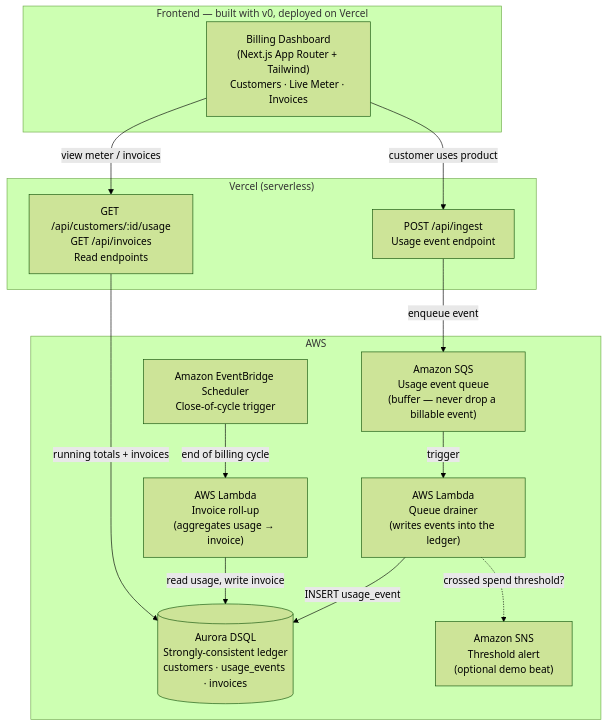
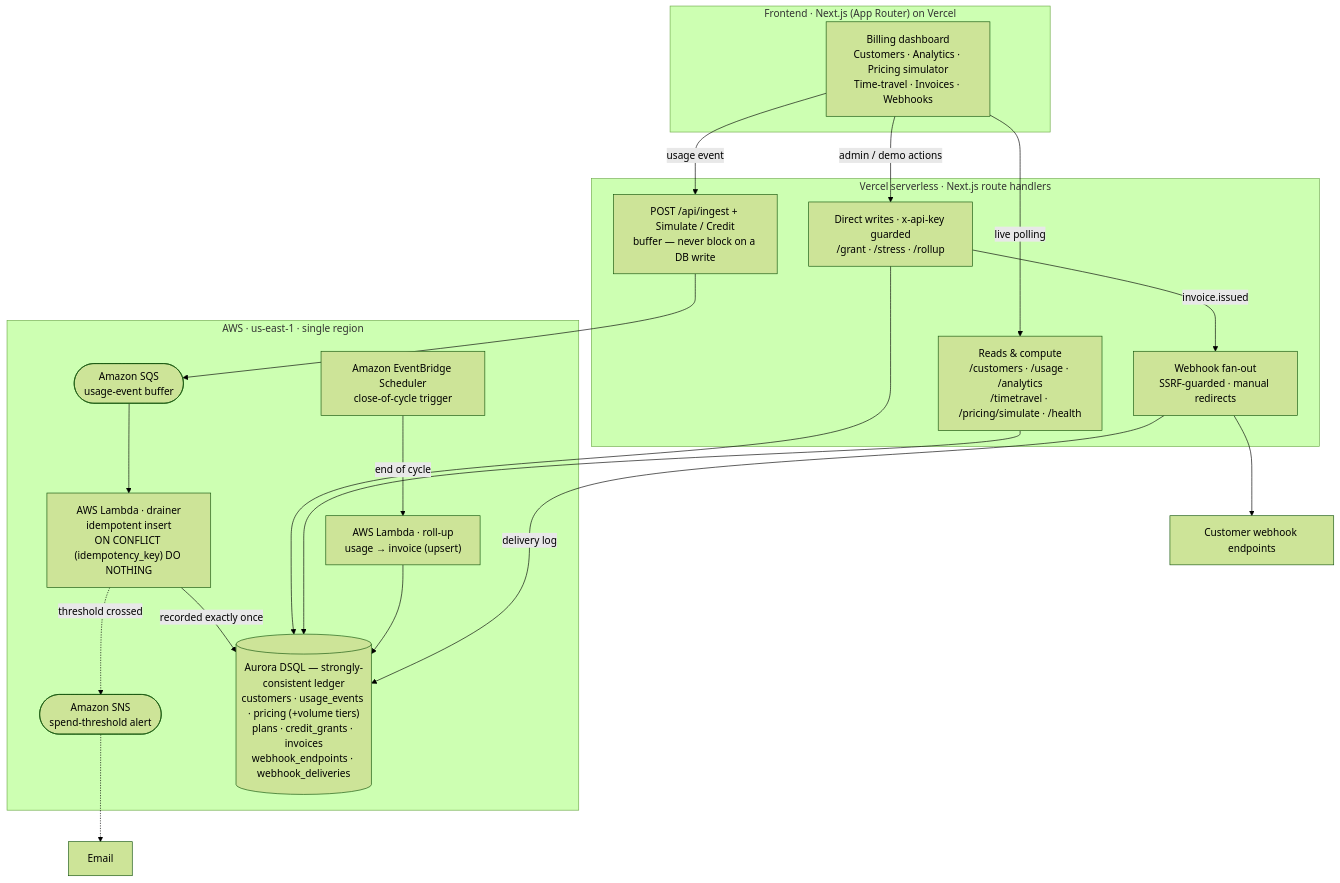
The diagram in docs/ARCHITECTURE.md (ik-labs/ledgerline), drawn with Mermaid (forest theme) before and after one commit. The commit also changed other lines of this file and 2 other files, not shown here.

Commit message:
Update architecture diagram (current system) + render PNG
Reflects the full system: buffered ingest (SQS -> drainer), direct key-guarded
writes, reads/compute, EventBridge roll-up, SNS alerts, webhook fan-out, and the
8-table Aurora DSQL ledger. Adds docs/architecture.png + .mmd source.

````diff
--- a/docs/ARCHITECTURE.md
+++ b/docs/ARCHITECTURE.md
@@ -15,30 +20,33 @@
 ```mermaid
 flowchart TB
-    subgraph client["Frontend — built with v0, deployed on Vercel"]
-        UI["Billing Dashboard<br/>(Next.js App Router + Tailwind)<br/>Customers · Live Meter · Invoices"]
-    end
+  subgraph FE["Frontend · Next.js (App Router) on Vercel"]
+    UI["Billing dashboard<br/>Customers · Analytics · Pricing simulator<br/>Time-travel · Invoices · Webhooks"]
+  end
 
-    subgraph vercel["Vercel (serverless)"]
-        ING["POST /api/ingest<br/>Usage event endpoint"]
-        READ["GET /api/customers/:id/usage<br/>GET /api/invoices<br/>Read endpoints"]
-    end
+  subgraph API["Vercel serverless · Next.js route handlers"]
+    ING["POST /api/ingest + Simulate / Credit<br/>buffer — never block on a DB write"]
+    DW["Direct writes · x-api-key guarded<br/>/grant · /stress · /rollup"]
+    RD["Reads &amp; compute<br/>/customers · /usage · /analytics<br/>/timetravel · /pricing/simulate · /health"]
+    WHF["Webhook fan-out<br/>SSRF-guarded · manual redirects"]
+  end
 
-    subgraph aws["AWS"]
-        SQS["Amazon SQS<br/>Usage event queue<br/>(buffer — never drop a billable event)"]
-        DRAIN["AWS Lambda<br/>Queue drainer<br/>(writes events into the ledger)"]
-        DSQL[("Aurora DSQL<br/>Strongly-consistent ledger<br/>customers · usage_events · invoices")]
-        SCHED["Amazon EventBridge Scheduler<br/>Close-of-cycle trigger"]
-        ROLLUP["AWS Lambda<br/>Invoice roll-up<br/>(aggregates usage → invoice)"]
-        SNS["Amazon SNS<br/>Threshold alert<br/>(optional demo beat)"]
-    end
+  subgraph AWS["AWS · us-east-1 · single region"]
+    SQS(["Amazon SQS<br/>usage-event buffer"])
+    DR["AWS Lambda · drainer<br/>idempotent insert<br/>ON CONFLICT (idempotency_key) DO NOTHING"]
+    EB["Amazon EventBridge Scheduler<br/>close-of-cycle trigger"]
+    RU["AWS Lambda · roll-up<br/>usage → invoice (upsert)"]
+    SNS(["Amazon SNS<br/>spend-threshold alert"])
+    DSQL[("Aurora DSQL — strongly-consistent ledger<br/>customers · usage_events · pricing (+volume tiers)<br/>plans · credit_grants · invoices<br/>webhook_endpoints · webhook_deliveries")]
+  end
 
-    UI -->|"customer uses product"| ING
-    ING -->|"enqueue event"| SQS
-    SQS -->|"trigger"| DRAIN
-    DRAIN -->|"INSERT usage_event"| DSQL
-    DRAIN -.->|"crossed spend threshold?"| SNS
-    SCHED -->|"end of billing cycle"| ROLLUP
-    ROLLUP -->|"read usage, write invoice"| DSQL
-    READ -->|"running totals + invoices"| DSQL
-    UI -->|"view meter / invoices"| READ
+  EXT["Customer webhook endpoints"]
+  MAIL["Email"]
+
+  UI -->|usage event| ING --> SQS --> DR -->|recorded exactly once| DSQL
+  DR -.->|threshold crossed| SNS -.-> MAIL
+  UI -->|admin / demo actions| DW --> DSQL
+  UI -->|live polling| RD --> DSQL
+  EB -->|end of cycle| RU --> DSQL
+  DW -->|invoice.issued| WHF --> EXT
+  WHF -->|delivery log| DSQL
 ```
````
